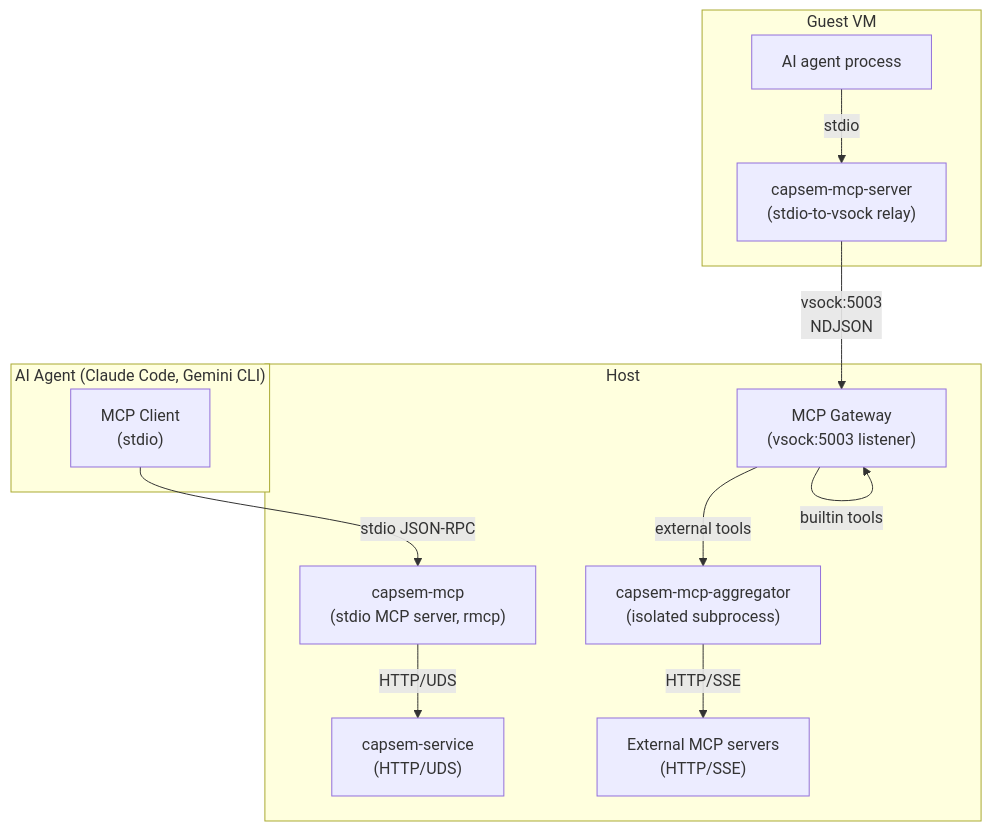
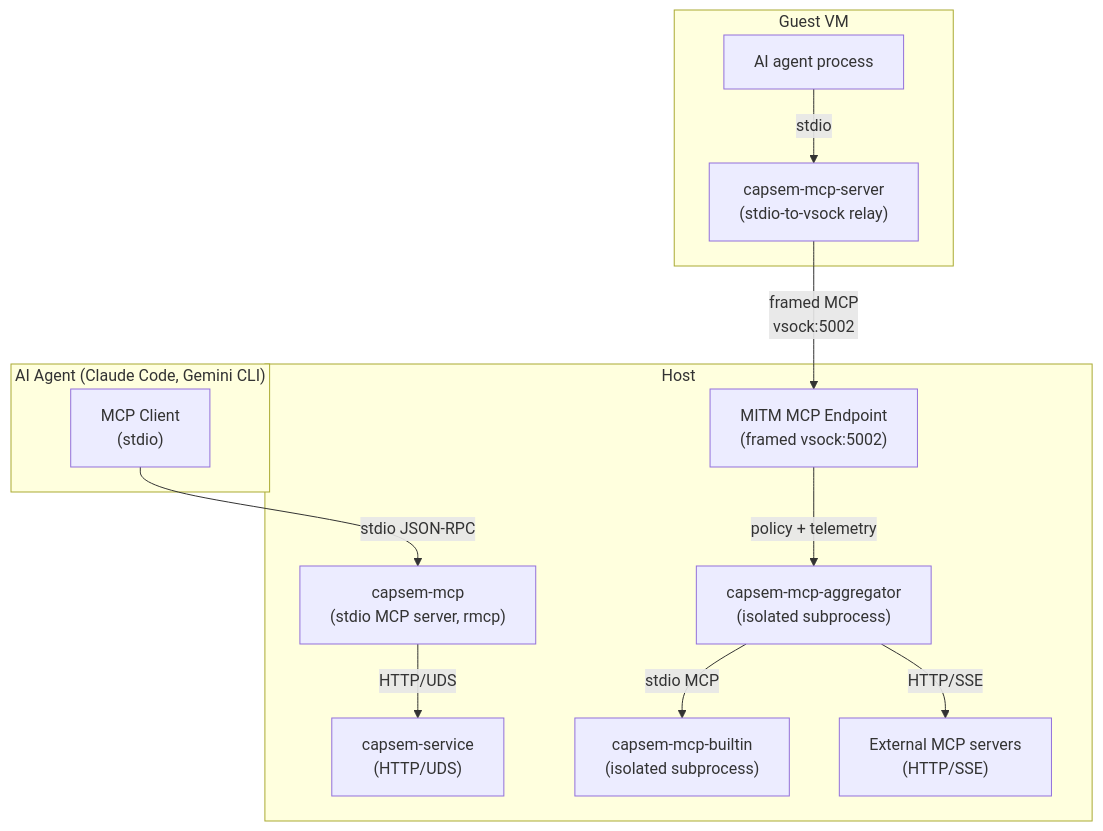
The first of 4 diagrams in docs/src/content/docs/architecture/mcp-gateway.md (google/capsem), drawn with Mermaid before and after one commit. The commit also changed other lines of this file and 552 other files, not shown here.

````diff
--- a/docs/src/content/docs/architecture/mcp-gateway.md
+++ b/docs/src/content/docs/architecture/mcp-gateway.md
@@ -12,28 +12,29 @@
 ```mermaid
 graph TB
     subgraph "AI Agent (Claude Code, Gemini CLI)"
         AGENT["MCP Client<br/>(stdio)"]
     end
 
     subgraph "Host"
         HOST_MCP["capsem-mcp<br/>(stdio MCP server, rmcp)"]
         SVC["capsem-service<br/>(HTTP/UDS)"]
-        GW["MCP Gateway<br/>(vsock:5003 listener)"]
+        GW["MITM MCP Endpoint<br/>(framed vsock:5002)"]
         AGG["capsem-mcp-aggregator<br/>(isolated subprocess)"]
+        BUILTIN["capsem-mcp-builtin<br/>(isolated subprocess)"]
         EXT["External MCP servers<br/>(HTTP/SSE)"]
     end
 
     subgraph "Guest VM"
         GUEST_MCP["capsem-mcp-server<br/>(stdio-to-vsock relay)"]
         GUEST_AGENT["AI agent process"]
     end
 
     AGENT -->|stdio JSON-RPC| HOST_MCP
     HOST_MCP -->|HTTP/UDS| SVC
 
     GUEST_AGENT -->|stdio| GUEST_MCP
-    GUEST_MCP -->|"vsock:5003<br/>NDJSON"| GW
-    GW -->|"builtin tools"| GW
-    GW -->|"external tools"| AGG
+    GUEST_MCP -->|"framed MCP<br/>vsock:5002"| GW
+    GW -->|"policy + telemetry"| AGG
+    AGG -->|"stdio MCP"| BUILTIN
     AGG -->|"HTTP/SSE"| EXT
 ```
````
